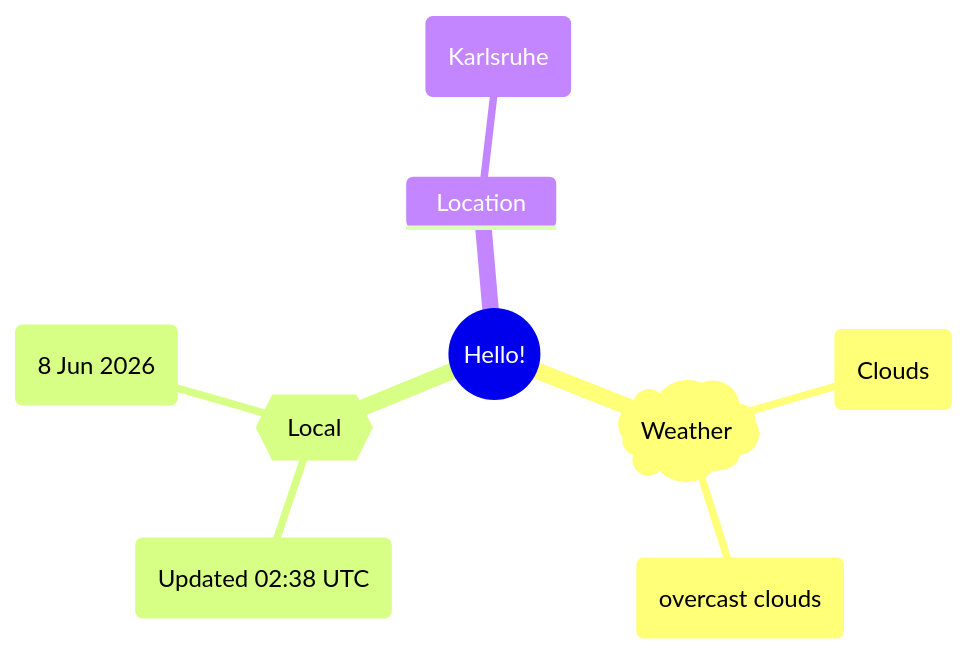
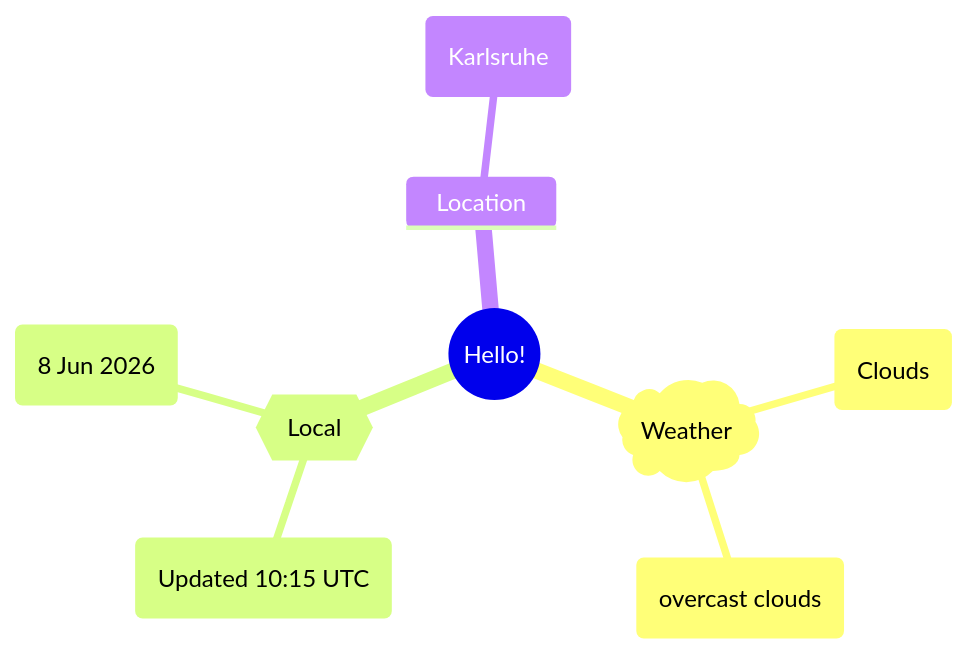
One commit to Xosrov/Xosrov changed the first of 2 diagrams in README.md. Above: the diagram before and after it, drawn with Mermaid.

Commit message:
[bot] updated images

````diff
--- a/README.md
+++ b/README.md
@@ -3,12 +3,12 @@
 ```mermaid
 mindmap
   root((Hello!))
     )Weather(
         (Clouds)
         (overcast clouds)
     {{Local}}
-        (Updated 02:38 UTC)
+        (Updated 10:15 UTC)
         (8 Jun 2026)
     Location
         (Karlsruhe)
 ```
````
